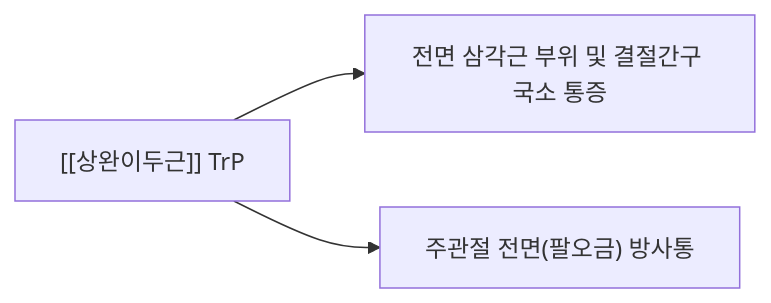
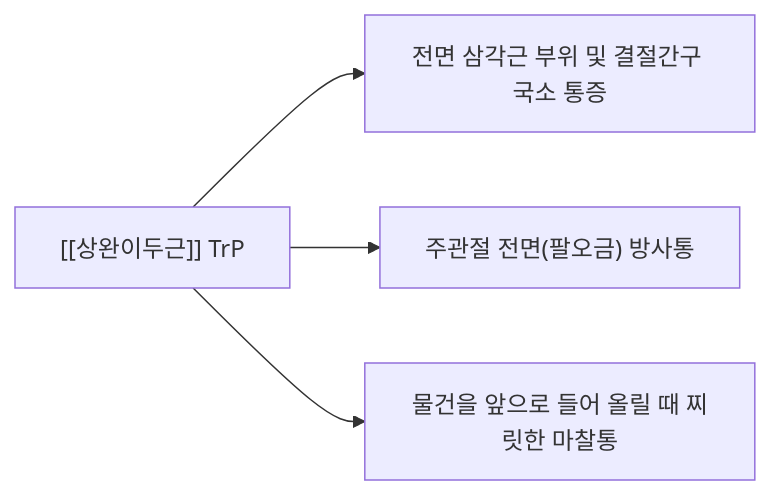
Before and after one commit to simbio11/simbio-digital-garden2: the third of 3 diagrams in content/1. 근골격계 공부/근육/(5) 상완부/상완이두근 장두.md, drawn with Mermaid. The commit also changed other lines of this file and 150 other files, not shown here.

````diff
--- a/content/1. 근골격계 공부/근육/(5) 상완부/상완이두근 장두.md
+++ b/content/1. 근골격계 공부/근육/(5) 상완부/상완이두근 장두.md
@@ -82,5 +80,6 @@
 ```mermaid
 flowchart LR
     TP["[[상완이두근]] TrP"] --> Zone1["전면 삼각근 부위 및 결절간구 국소 통증"]
     TP --> Zone2["주관절 전면(팔오금) 방사통"]
+    TP --> Zone3["물건을 앞으로 들어 올릴 때 찌릿한 마찰통"]
 ```
````
